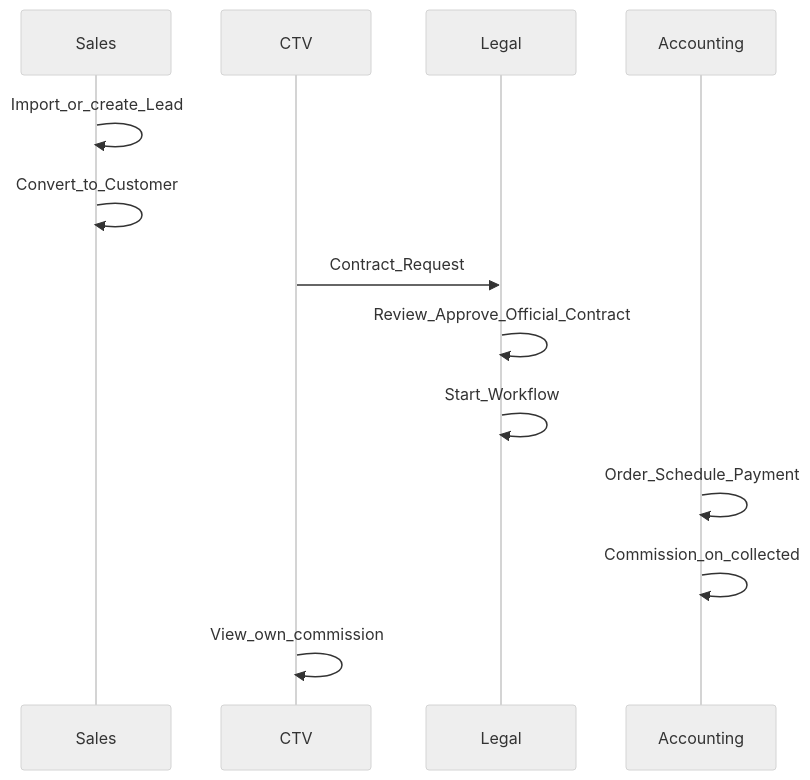
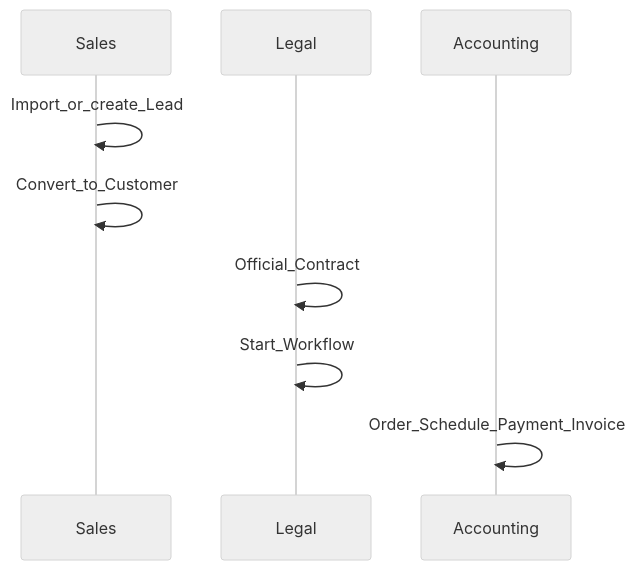
Before and after one commit to PNCTriet/DYN_CRM_BACKEND: the third of 4 diagrams in docs/02-domain/BusinessCapabilityMap.md, drawn with Mermaid (neutral theme). The commit also changed other lines of this file and 46 other files, not shown here.

````diff
--- a/docs/02-domain/BusinessCapabilityMap.md
+++ b/docs/02-domain/BusinessCapabilityMap.md
@@ -158,15 +152,11 @@
 ```mermaid
 sequenceDiagram
   participant Sales
-  participant CTV
   participant Legal
   participant Accounting
   Sales->>Sales: Import_or_create_Lead
   Sales->>Sales: Convert_to_Customer
-  CTV->>Legal: Contract_Request
-  Legal->>Legal: Review_Approve_Official_Contract
+  Legal->>Legal: Official_Contract
   Legal->>Legal: Start_Workflow
-  Accounting->>Accounting: Order_Schedule_Payment
-  Accounting->>Accounting: Commission_on_collected
-  CTV->>CTV: View_own_commission
+  Accounting->>Accounting: Order_Schedule_Payment_Invoice
 ```
````
